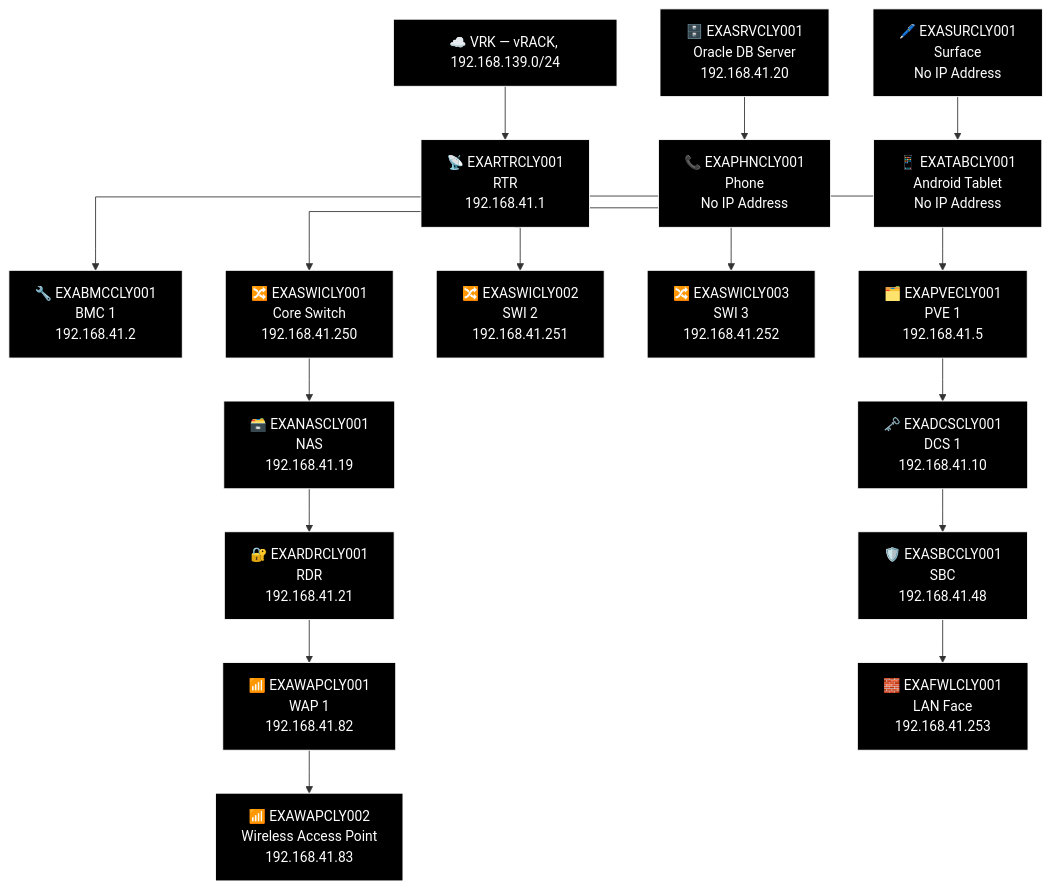
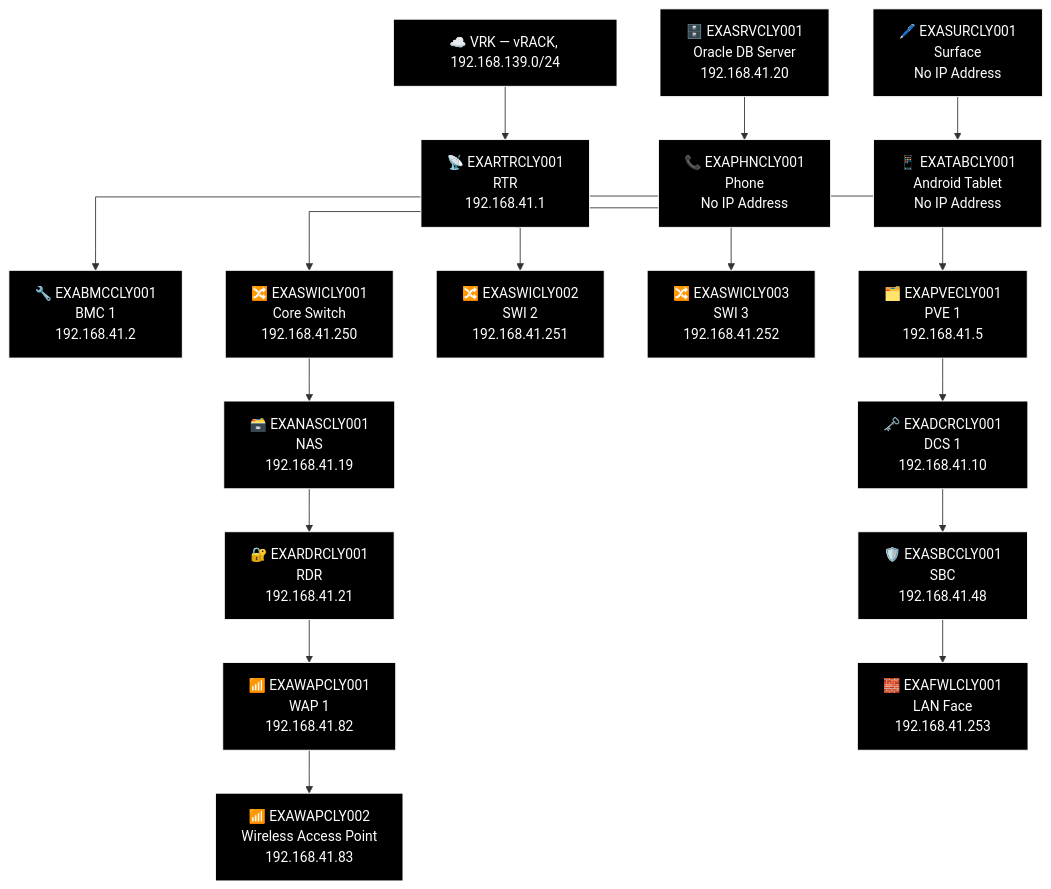
Before and after one commit to knightmare2600/example_music_infra: diagram 12 of 21 in docs/network-diagram/scotland.md, drawn with Mermaid. The commit also changed other lines of this file and 8 other files, not shown here.

````diff
--- a/docs/network-diagram/scotland.md
+++ b/docs/network-diagram/scotland.md
@@ -734,52 +721,52 @@
 ```mermaid
 %% GENERATED:TOPOLOGY:CLY:START
 %%{init: {'flowchart': {'curve': 'stepAfter'}}}%%
 graph TD
     T_VRK["☁️ VRK — vRACK, 192.168.139.0/24"]
     T_RTR["📡 EXARTRCLY001<br/>RTR<br/>192.168.41.1"]
     T_VRK --> T_RTR
     T_BMC["🔧 EXABMCCLY001<br/>BMC 1<br/>192.168.41.2"]
     T_RTR --> T_BMC
     T_PVE["🗂️ EXAPVECLY001<br/>PVE 1<br/>192.168.41.5"]
     T_RTR --> T_PVE
     T_SWI["🔀 EXASWICLY002<br/>SWI 2<br/>192.168.41.251"]
     T_RTR --> T_SWI
     T_SWI2["🔀 EXASWICLY003<br/>SWI 3<br/>192.168.41.252"]
     T_RTR --> T_SWI2
     T_SWI3["🔀 EXASWICLY001<br/>Core Switch<br/>192.168.41.250"]
     T_RTR --> T_SWI3
     T_NAS["🗃️ EXANASCLY001<br/>NAS<br/>192.168.41.19"]
     T_RDR["🔐 EXARDRCLY001<br/>RDR<br/>192.168.41.21"]
     T_WAP["📶 EXAWAPCLY001<br/>WAP 1<br/>192.168.41.82"]
     T_WAP2["📶 EXAWAPCLY002<br/>Wireless Access Point<br/>192.168.41.83"]
     T_SWI3 --> T_NAS --> T_RDR --> T_WAP --> T_WAP2
-    T_DCS["🗝️ EXADCSCLY001<br/>DCS 1<br/>192.168.41.10"]
+    T_DCS["🗝️ EXADCRCLY001<br/>DCS 1<br/>192.168.41.10"]
     T_SBC["🛡️ EXASBCCLY001<br/>SBC<br/>192.168.41.48"]
     T_FWL["🧱 EXAFWLCLY001<br/>LAN Face<br/>192.168.41.253"]
     T_PVE --> T_DCS --> T_SBC --> T_FWL
     T_SRV["🗄️ EXASRVCLY001<br/>Oracle DB Server<br/>192.168.41.20"]
     T_SUR["🖊️ EXASURCLY001<br/>Surface<br/>No IP Address"]
     T_PHN["📞 EXAPHNCLY001<br/>Phone<br/>No IP Address"]
     T_TAB["📱 EXATABCLY001<br/>Android Tablet<br/>No IP Address"]
     T_SRV --> T_PHN
     T_SUR --> T_TAB
     style T_VRK fill:#000000,stroke:#FFFFFF,color:#FFFFFF
     style T_RTR fill:#000000,stroke:#FFFFFF,color:#FFFFFF
     style T_BMC fill:#000000,stroke:#FFFFFF,color:#FFFFFF
     style T_PVE fill:#000000,stroke:#FFFFFF,color:#FFFFFF
     style T_SWI fill:#000000,stroke:#FFFFFF,color:#FFFFFF
     style T_SWI2 fill:#000000,stroke:#FFFFFF,color:#FFFFFF
     style T_SWI3 fill:#000000,stroke:#FFFFFF,color:#FFFFFF
     style T_NAS fill:#000000,stroke:#FFFFFF,color:#FFFFFF
     style T_RDR fill:#000000,stroke:#FFFFFF,color:#FFFFFF
     style T_WAP fill:#000000,stroke:#FFFFFF,color:#FFFFFF
     style T_WAP2 fill:#000000,stroke:#FFFFFF,color:#FFFFFF
     style T_DCS fill:#000000,stroke:#FFFFFF,color:#FFFFFF
     style T_SBC fill:#000000,stroke:#FFFFFF,color:#FFFFFF
     style T_FWL fill:#000000,stroke:#FFFFFF,color:#FFFFFF
     style T_SRV fill:#000000,stroke:#FFFFFF,color:#FFFFFF
     style T_SUR fill:#000000,stroke:#FFFFFF,color:#FFFFFF
     style T_PHN fill:#000000,stroke:#FFFFFF,color:#FFFFFF
     style T_TAB fill:#000000,stroke:#FFFFFF,color:#FFFFFF
 %% GENERATED:TOPOLOGY:CLY:END
 ```
````
